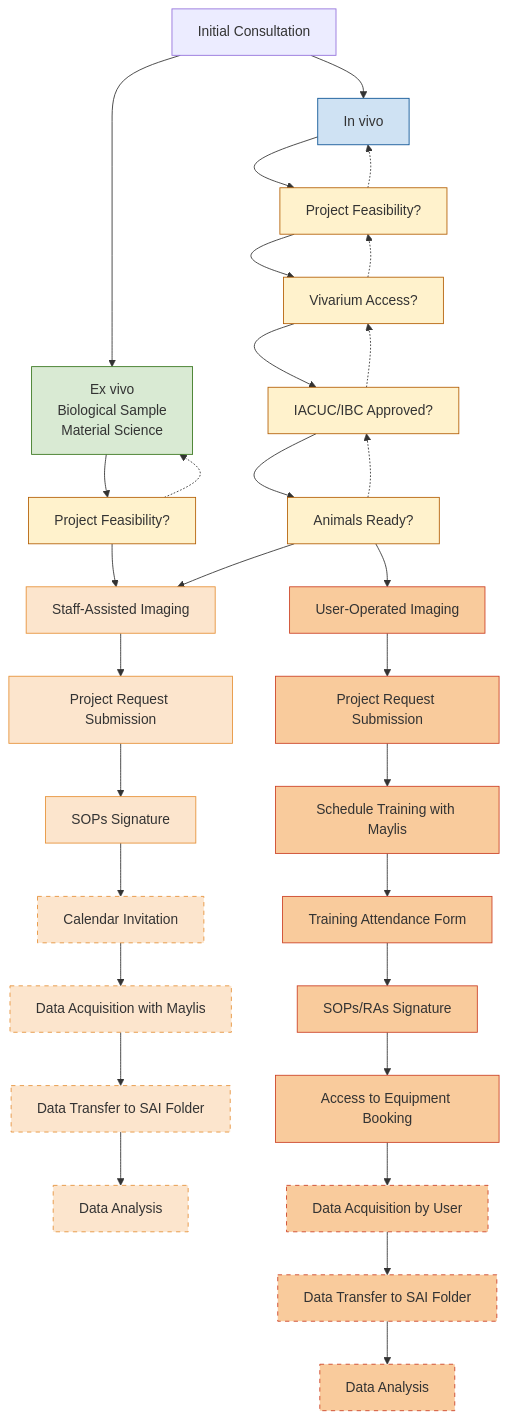
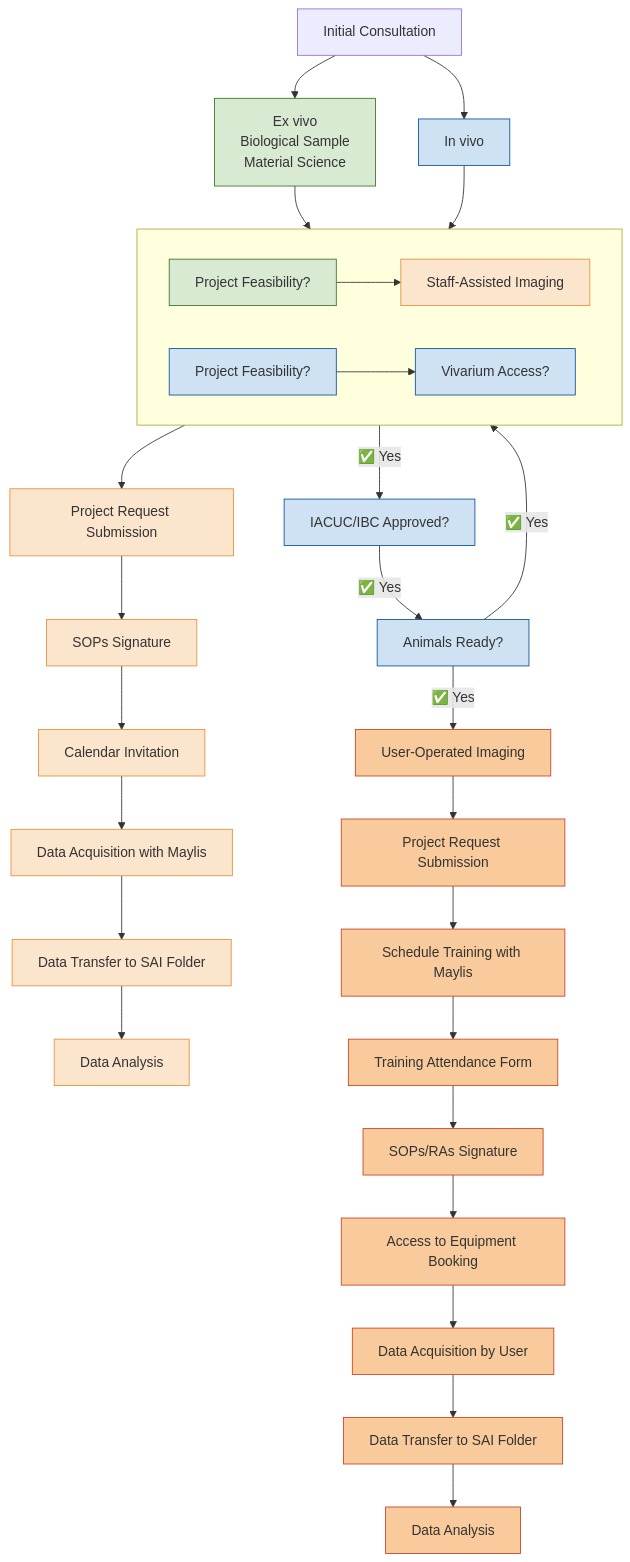
One commit to BioMedicalImaging-Core-NYUAD/smallanimalimaging-lab-documentation changed the diagram in docs/source/1-lab-overview/SAI_scheduling.rst. Above: the diagram before and after it, drawn with Mermaid.

```diff
--- a/docs/source/1-lab-overview/SAI_scheduling.rst
+++ b/docs/source/1-lab-overview/SAI_scheduling.rst
@@ -8,73 +8,73 @@
 .. mermaid::
 
     graph TD
 
     %% Styles
     classDef exvivo fill:#d9ead3,stroke:#38761d,stroke-width:1px;
     classDef invivo fill:#cfe2f3,stroke:#0b5394,stroke-width:1px;
-    classDef decision fill:#fff2cc,stroke:#b45f06,stroke-width:1px;
+    classDef user fill:#f9cb9c,stroke:#cc4125,stroke-width:1px;
     classDef staff fill:#fce5cd,stroke:#e69138,stroke-width:1px;
-    classDef user fill:#f9cb9c,stroke:#cc4125,stroke-width:1px;
-    classDef groupbox stroke-dasharray: 5 5;
 
     %% Nodes
     A["Initial Consultation"]
+
+    %% Group 1: Ex vivo path
     B["Ex vivo<br>Biological Sample<br>Material Science"]:::exvivo
+    D["Project Feasibility?"]:::exvivo
+
+    %% Group 2: In vivo path
     C["In vivo"]:::invivo
+    L["Project Feasibility?"]:::invivo
+    M["Vivarium Access?"]:::invivo
+    N["IACUC/IBC Approved?"]:::invivo
+    O["Animals Ready?"]:::invivo
 
-    D["Project Feasibility?"]:::decision
+    %% Group 3: Staff-handled
     E["Staff-Assisted Imaging"]:::staff
     F["Project Request Submission"]:::staff
     G["SOPs Signature"]:::staff
     H["Calendar Invitation"]:::staff
     I["Data Acquisition with Maylis"]:::staff
     J["Data Transfer to SAI Folder"]:::staff
     K["Data Analysis"]:::staff
 
-    L["Project Feasibility?"]:::decision
-    M["Vivarium Access?"]:::decision
-    N["IACUC/IBC Approved?"]:::decision
-    O["Animals Ready?"]:::decision
+    %% Group 4: User-operated
     P["User-Operated Imaging"]:::user
     Q["Project Request Submission"]:::user
     R["Schedule Training with Maylis"]:::user
     S["Training Attendance Form"]:::user
     T["SOPs/RAs Signature"]:::user
     U["Access to Equipment Booking"]:::user
     V["Data Acquisition by User"]:::user
     W["Data Transfer to SAI Folder"]:::user
     X["Data Analysis"]:::user
 
     %% Flow
     A --> B
     A --> C
 
+    subgraph Align Decisions [ ]
+        direction LR
+        D --> E
+        L --> M
+    end
+
     %% Ex vivo flow
     B --> D
-    D --> E
-    D -.-> B
     E --> F --> G --> H --> I --> J --> K
 
     %% In vivo flow
-    C --> L --> M --> N --> O
-    L -.-> C
-    M -.-> L
-    N -.-> M
-    O -.-> N
-
-    %% Conditional outcomes from Animals Ready
-    O --> E
-    O --> P
+    C --> L
+    M --✅ Yes --> N
+    N --✅ Yes --> O
+    O --✅ Yes --> E
+    O --✅ Yes --> P
 
     %% User-operated flow
     P --> Q --> R --> S --> T --> U --> V --> W --> X
-
-    %% Dashed grouping boxes
-    class H,I,J,K groupbox;
-    class V,W,X groupbox;
 
     %% Clickable Nodes
     click A "mailto:maylis.boitet@nyu.edu" "Email maylis.boitet@nyu.edu"
     click Q "https://forms.gle/d3xRyphopVUj6PwW6" "Open Project Request Form"
     click S "https://docs.google.com/forms/d/e/1FAIpQLScLW1MOvo-9aAwX2_04FcyLGPR9xtDso9hu9SEixUy2VzuAiw/viewform" "Open Training Attendance Form"
     click U "https://corelabs.abudhabi.nyu.edu/" "Go to Equipment Booking Portal"
```
